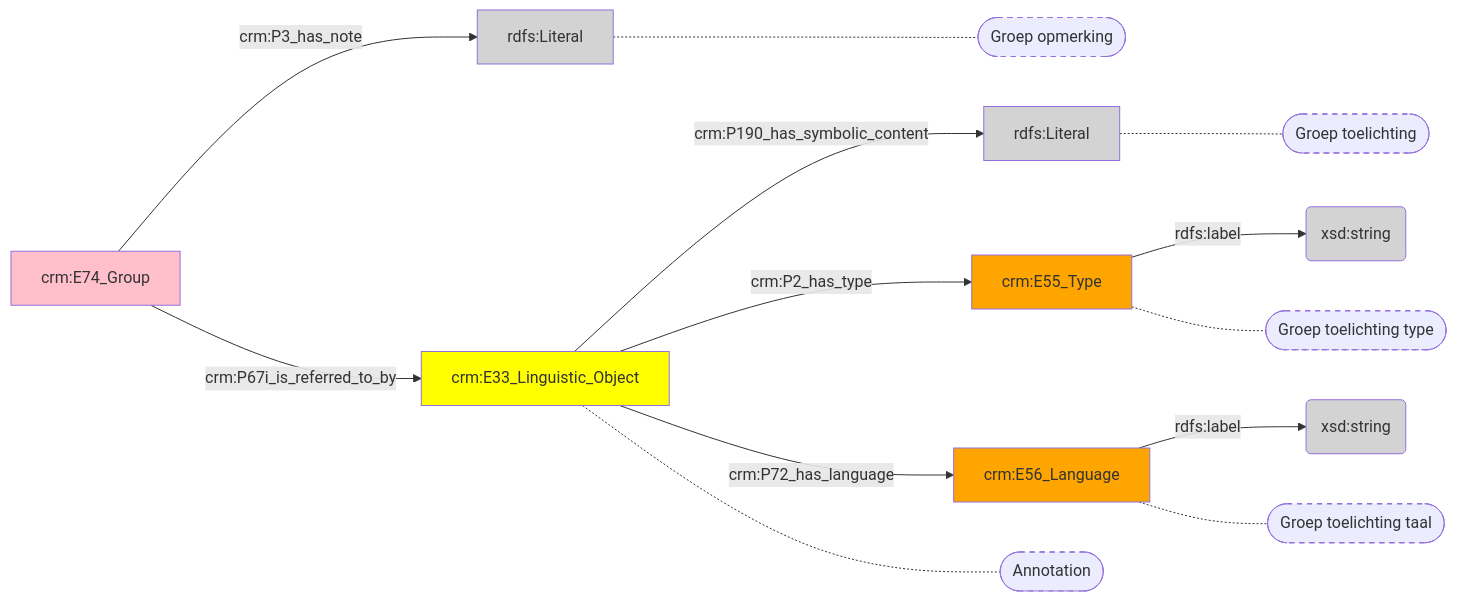
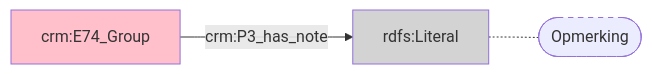
One commit to digipolisantwerpdocumentation/antwerp-cultureel-erfgoed changed the diagram in docs/content/modellen/Group/Aantekeningen.md. Above: the diagram before and after it, drawn with Mermaid. The commit also changed 170 other files, not shown here.

````diff
--- a/docs/content/modellen/Group/Aantekeningen.md
+++ b/docs/content/modellen/Group/Aantekeningen.md
@@ -1,28 +1,8 @@
 ```mermaid
 graph LR
+style 1456bf2e-e37f-11ed-a1e6-00163e71351b fill:#ffc0cb
+style 59ec6912-e37f-11ed-a1e6-00163e71351b fill:#D3D3D3
 1456bf2e-e37f-11ed-a1e6-00163e71351b["crm:E74_Group"]-->|"crm:P3_has_note"|59ec6912-e37f-11ed-a1e6-00163e71351b(rdfs:Literal)
-41ca7056-ee3b-11ed-9655-00163e71351b["crm:E33_Linguistic_Object"]-->|"crm:P190_has_symbolic_content"|41ca7812-ee3b-11ed-9655-00163e71351b(rdfs:Literal)
-41ca74f2-ee3b-11ed-9655-00163e71351b["crm:E55_Type"]-->|"rdfs:label"|41ca7aba-ee3b-11ed-9655-00163e71351b(xsd:string)
-41ca76a0-ee3b-11ed-9655-00163e71351b["crm:E56_Language"]-->|"rdfs:label"|41ca7966-ee3b-11ed-9655-00163e71351b(xsd:string)
-1456bf2e-e37f-11ed-a1e6-00163e71351b["crm:E74_Group"]-->|"crm:P67i_is_referred_to_by"|41ca7056-ee3b-11ed-9655-00163e71351b["crm:E33_Linguistic_Object"]
-41ca7056-ee3b-11ed-9655-00163e71351b["crm:E33_Linguistic_Object"]-->|"crm:P2_has_type"|41ca74f2-ee3b-11ed-9655-00163e71351b["crm:E55_Type"]
-41ca7056-ee3b-11ed-9655-00163e71351b["crm:E33_Linguistic_Object"]-->|"crm:P72_has_language"|41ca76a0-ee3b-11ed-9655-00163e71351b["crm:E56_Language"]
-59ec6912-e37f-11ed-a1e6-00163e71351b["rdfs:Literal"]-.-59ec6912-e37f-11ed-a1e6-00163e71351b_s(["Groep opmerking"])
-41ca7056-ee3b-11ed-9655-00163e71351b["crm:E33_Linguistic_Object"]-.-41ca7056-ee3b-11ed-9655-00163e71351b_s(["Annotation"])
-41ca7812-ee3b-11ed-9655-00163e71351b["rdfs:Literal"]-.-41ca7812-ee3b-11ed-9655-00163e71351b_s(["Groep toelichting"])
-41ca74f2-ee3b-11ed-9655-00163e71351b["crm:E55_Type"]-.-41ca74f2-ee3b-11ed-9655-00163e71351b_s(["Groep toelichting type"])
-41ca76a0-ee3b-11ed-9655-00163e71351b["crm:E56_Language"]-.-41ca76a0-ee3b-11ed-9655-00163e71351b_s(["Groep toelichting taal"])
 style 59ec6912-e37f-11ed-a1e6-00163e71351b_s stroke-dasharray: 5
-style 41ca7056-ee3b-11ed-9655-00163e71351b_s stroke-dasharray: 5
-style 41ca7812-ee3b-11ed-9655-00163e71351b_s stroke-dasharray: 5
-style 41ca74f2-ee3b-11ed-9655-00163e71351b_s stroke-dasharray: 5
-style 41ca76a0-ee3b-11ed-9655-00163e71351b_s stroke-dasharray: 5
-style 1456bf2e-e37f-11ed-a1e6-00163e71351b fill:#ffc0cb
-style 41ca7056-ee3b-11ed-9655-00163e71351b fill:#ffff00
-style 41ca74f2-ee3b-11ed-9655-00163e71351b fill:#ffa500
-style 41ca76a0-ee3b-11ed-9655-00163e71351b fill:#ffa500
-style 41ca7812-ee3b-11ed-9655-00163e71351b fill:#D3D3D3
-style 41ca7966-ee3b-11ed-9655-00163e71351b fill:#D3D3D3
-style 41ca7aba-ee3b-11ed-9655-00163e71351b fill:#D3D3D3
-style 59ec6912-e37f-11ed-a1e6-00163e71351b fill:#D3D3D3
+59ec6912-e37f-11ed-a1e6-00163e71351b["rdfs:Literal"]-.-59ec6912-e37f-11ed-a1e6-00163e71351b_s(["Opmerking"])
 ```
````
